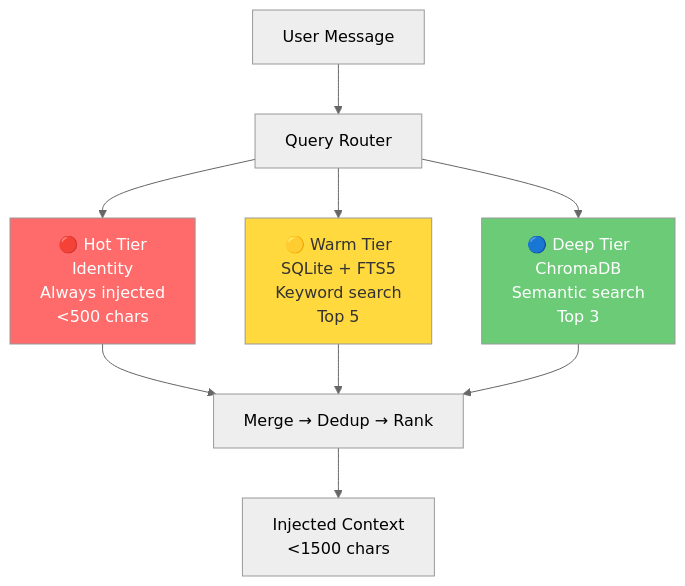
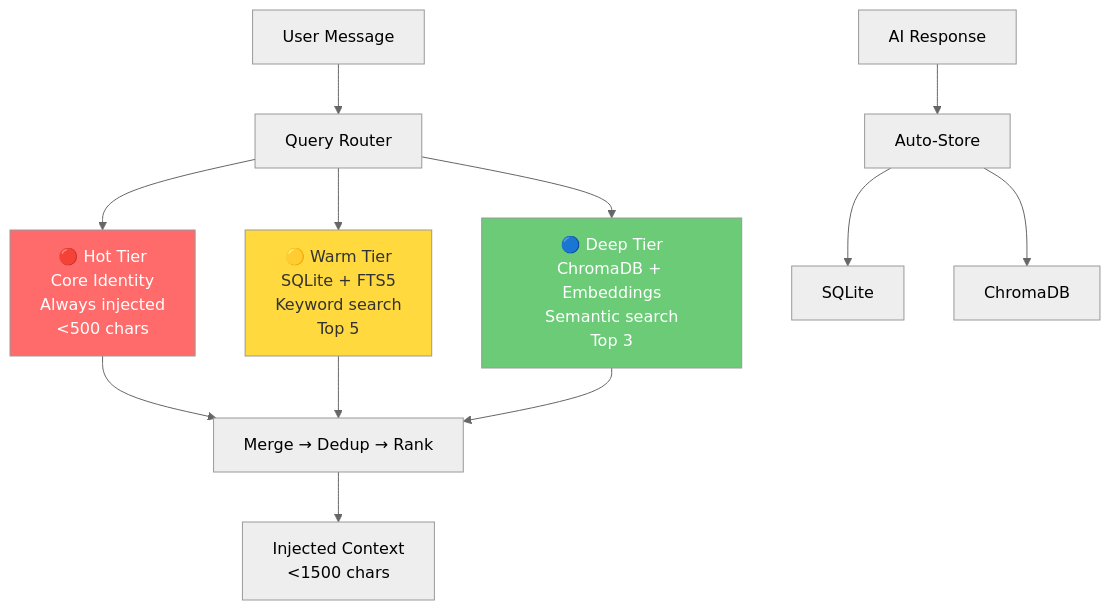
One commit to PseudoPort/maswahyu-blog changed the first of 2 diagrams in src/content/blog/qmd-query-memory-database-ai-agent.mdx. Above: the diagram before and after it, drawn with Mermaid (neutral theme). The commit also changed other lines of this file, not shown here.

````diff
--- a/src/content/blog/qmd-query-memory-database-ai-agent.mdx
+++ b/src/content/blog/qmd-query-memory-database-ai-agent.mdx
@@ -25,18 +25,22 @@
 ```mermaid
 graph TB
     UM[User Message] --> QR[Query Router]
 
-    QR --> HOT[🔴 Hot Tier<br/>Identity<br/>Always injected<br/>&lt;500 chars]
+    QR --> HOT[🔴 Hot Tier<br/>Core Identity<br/>Always injected<br/>&lt;500 chars]
     QR --> WARM[🟡 Warm Tier<br/>SQLite + FTS5<br/>Keyword search<br/>Top 5]
-    QR --> DEEP[🔵 Deep Tier<br/>ChromaDB<br/>Semantic search<br/>Top 3]
+    QR --> DEEP[🔵 Deep Tier<br/>ChromaDB + Embeddings<br/>Semantic search<br/>Top 3]
 
     HOT --> MERGE[Merge → Dedup → Rank]
     WARM --> MERGE
     DEEP --> MERGE
 
     MERGE --> INJECT[Injected Context<br/>&lt;1500 chars]
 
+    RESP[AI Response] --> STORE[Auto-Store]
+    STORE --> WARM2[SQLite]
+    STORE --> DEEP2[ChromaDB]
+
     style HOT fill:#ff6b6b,color:#fff
     style WARM fill:#ffd93d,color:#333
     style DEEP fill:#6bcb77,color:#fff
 ```
````
